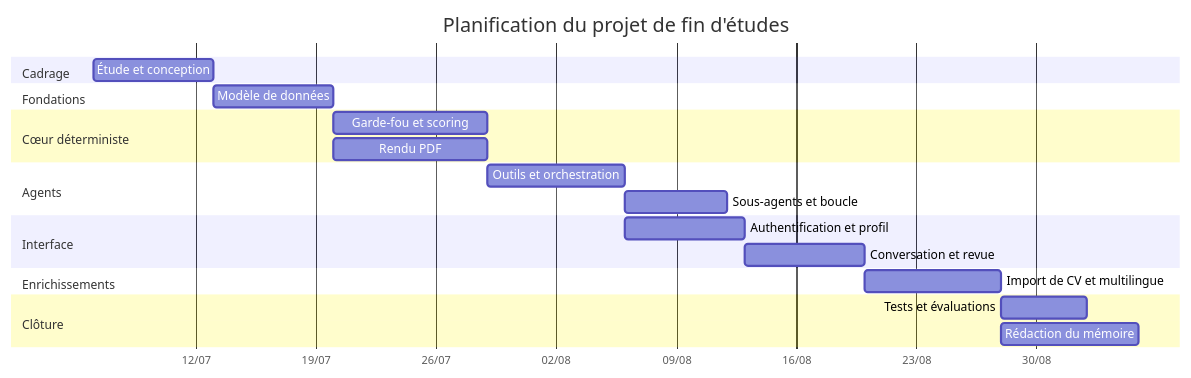
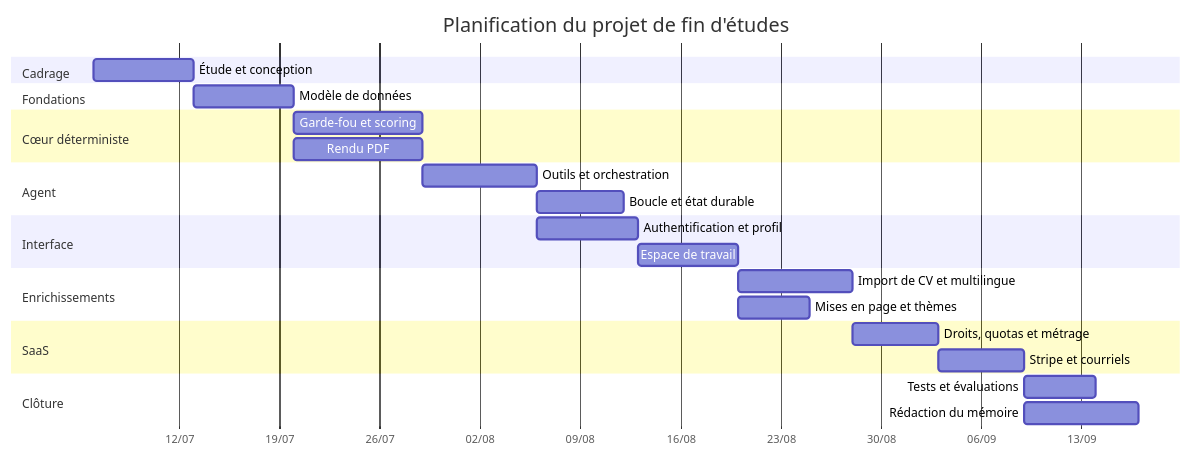
Before and after one commit to YounessHassoune/cv-agent: the eighth of 9 diagrams in docs/memoire-pfe.md, drawn with Mermaid. The commit also changed other lines of this file and 23 other files, not shown here.

````diff
--- a/docs/memoire-pfe.md
+++ b/docs/memoire-pfe.md
@@ -569,24 +774,28 @@
 ```mermaid
 gantt
     title Planification du projet de fin d'études
     dateFormat YYYY-MM-DD
     axisFormat %d/%m
     section Cadrage
     Étude et conception        :a1, 2026-07-06, 7d
     section Fondations
     Modèle de données          :a2, after a1, 7d
     section Cœur déterministe
     Garde-fou et scoring       :a3, after a2, 9d
     Rendu PDF                  :a4, after a2, 9d
-    section Agents
+    section Agent
     Outils et orchestration    :a5, after a3, 8d
-    Sous-agents et boucle      :a6, after a5, 6d
+    Boucle et état durable     :a6, after a5, 6d
     section Interface
     Authentification et profil :a7, after a5, 7d
-    Conversation et revue      :a8, after a7, 7d
+    Espace de travail          :a8, after a7, 7d
     section Enrichissements
     Import de CV et multilingue:a9, after a8, 8d
+    Mises en page et thèmes    :a10, after a8, 5d
+    section SaaS
+    Droits, quotas et métrage  :a11, after a9, 6d
+    Stripe et courriels        :a12, after a11, 6d
     section Clôture
-    Tests et évaluations       :a10, after a9, 5d
-    Rédaction du mémoire       :a11, after a9, 8d
+    Tests et évaluations       :a13, after a12, 5d
+    Rédaction du mémoire       :a14, after a12, 8d
 ```
````
